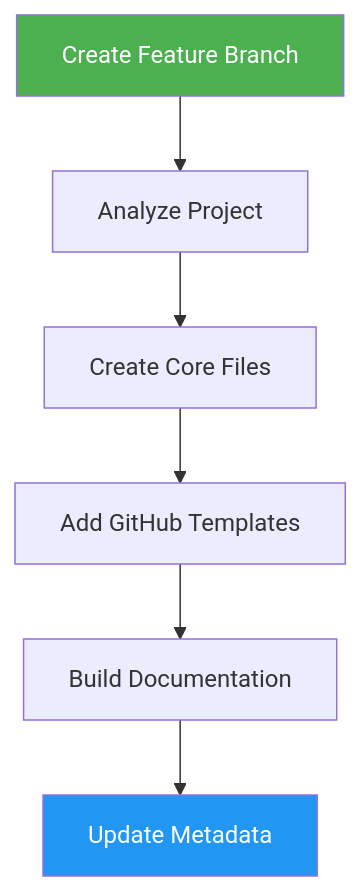
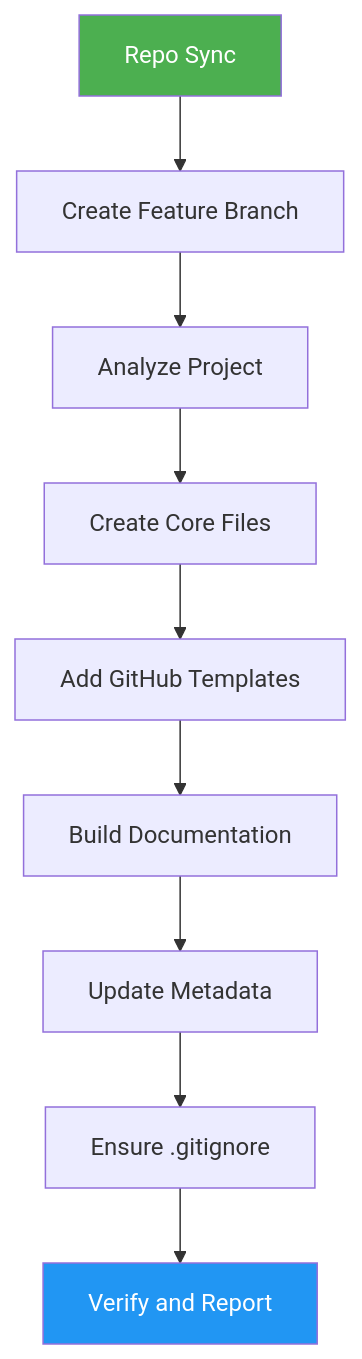
Before and after one commit to hongphuc5497/skills: the diagram in skills/oss-ready/docs/README.md, drawn with Mermaid. The commit also changed other lines of this file and 72 other files, not shown here.

````diff
--- a/skills/oss-ready/docs/README.md
+++ b/skills/oss-ready/docs/README.md
@@ -30,10 +33,13 @@
 ```mermaid
 graph TD
-    F["Create Feature Branch"] --> A["Analyze Project"]
+    S["Repo Sync"] --> F["Create Feature Branch"]
+    F --> A["Analyze Project"]
     A --> B["Create Core Files"]
     B --> C["Add GitHub Templates"]
     C --> D["Build Documentation"]
     D --> E["Update Metadata"]
-    style F fill:#4CAF50,color:#fff
-    style E fill:#2196F3,color:#fff
+    E --> G["Ensure .gitignore"]
+    G --> V["Verify and Report"]
+    style S fill:#4CAF50,color:#fff
+    style V fill:#2196F3,color:#fff
 ```
````
